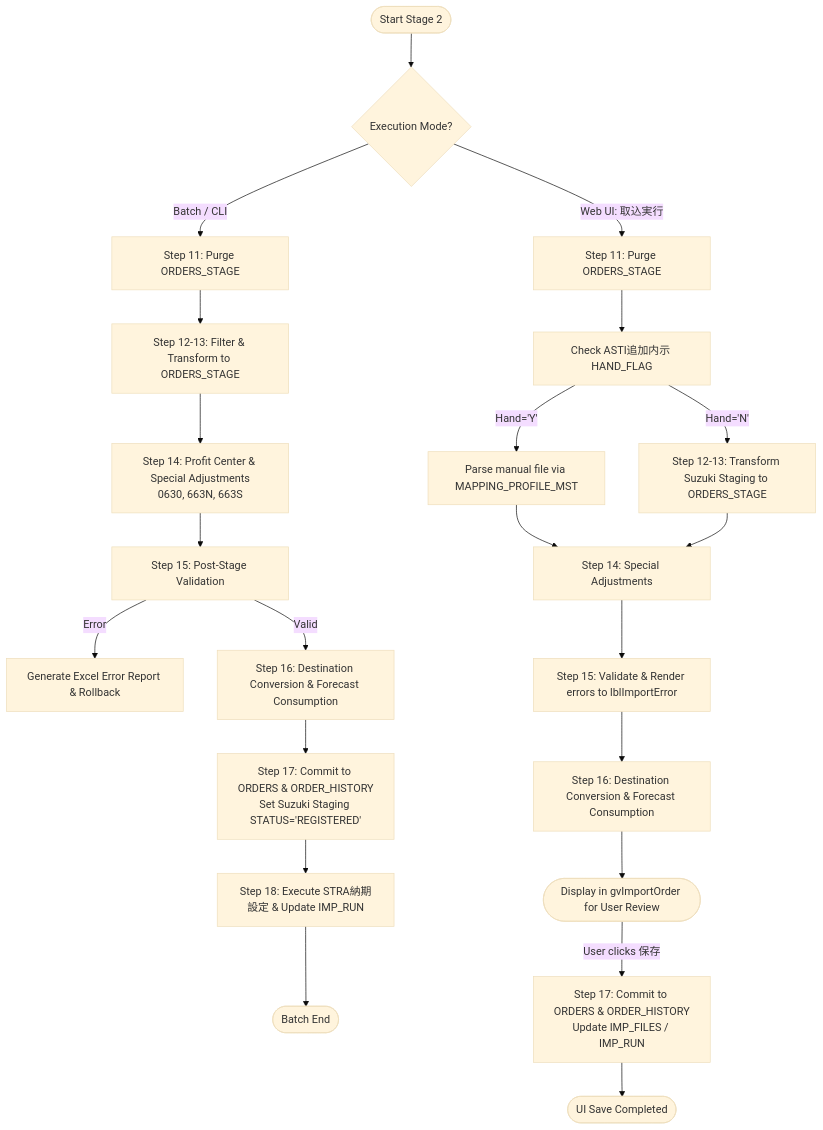
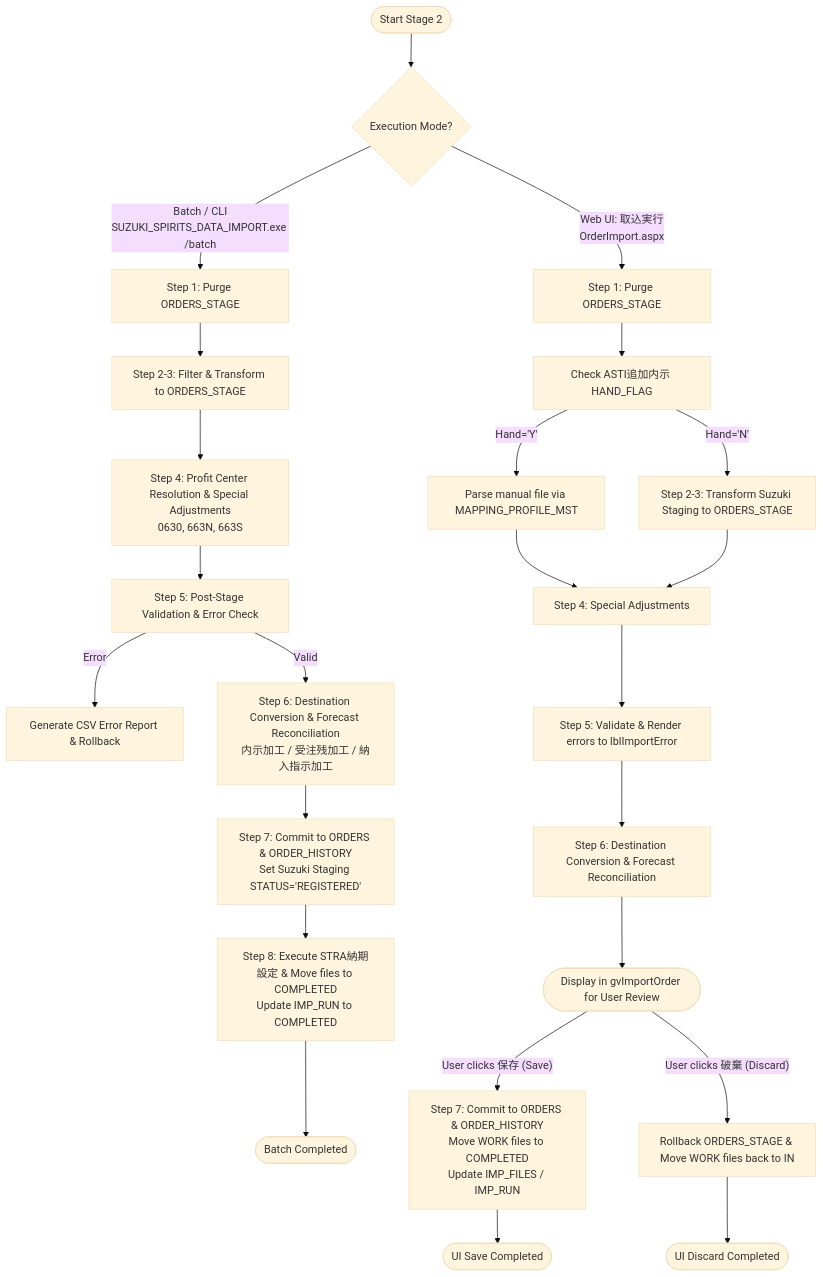
The diagram in docs/STAGE2_IMPLEMENTATION_PLAN.md (OMSAdmin-Git/OrderManagementSystem), drawn with Mermaid (base theme) before and after one commit. The commit also changed other lines of this file and 10 other files, not shown here.

````diff
--- a/docs/STAGE2_IMPLEMENTATION_PLAN.md
+++ b/docs/STAGE2_IMPLEMENTATION_PLAN.md
@@ -15,29 +13,31 @@
 ```mermaid
 flowchart TD
     Start([Start Stage 2]) --> ModeCheck{Execution Mode?}
     
     %% Batch Mode Flow
-    ModeCheck -- Batch / CLI --> B1[Step 11: Purge ORDERS_STAGE]
-    B1 --> B2[Step 12-13: Filter & Transform to ORDERS_STAGE]
-    B2 --> B3[Step 14: Profit Center & Special Adjustments<br/>0630, 663N, 663S]
-    B3 --> B4[Step 15: Post-Stage Validation]
-    B4 -- Error --> B_Err[Generate Excel Error Report & Rollback]
-    B4 -- Valid --> B5[Step 16: Destination Conversion & Forecast Consumption]
-    B5 --> B6[Step 17: Commit to ORDERS & ORDER_HISTORY<br/>Set Suzuki Staging STATUS='REGISTERED']
-    B6 --> B7[Step 18: Execute STRA納期設定 & Update IMP_RUN]
-    B7 --> B_End([Batch End])
+    ModeCheck -- Batch / CLI<br/>SUZUKI_SPIRITS_DATA_IMPORT.exe /batch --> B1[Step 1: Purge ORDERS_STAGE]
+    B1 --> B2[Step 2-3: Filter & Transform to ORDERS_STAGE]
+    B2 --> B3[Step 4: Profit Center Resolution & Special Adjustments<br/>0630, 663N, 663S]
+    B3 --> B4[Step 5: Post-Stage Validation & Error Check]
+    B4 -- Error --> B_Err[Generate CSV Error Report & Rollback]
+    B4 -- Valid --> B5[Step 6: Destination Conversion & Forecast Reconciliation<br/>内示加工 / 受注残加工 / 納入指示加工]
+    B5 --> B6[Step 7: Commit to ORDERS & ORDER_HISTORY<br/>Set Suzuki Staging STATUS='REGISTERED']
+    B6 --> B7[Step 8: Execute STRA納期設定 & Move files to COMPLETED<br/>Update IMP_RUN to COMPLETED]
+    B7 --> B_End([Batch Completed])
 
     %% UI Mode Flow
-    ModeCheck -- Web UI: 取込実行 --> U1[Step 11: Purge ORDERS_STAGE]
+    ModeCheck -- Web UI: 取込実行<br/>OrderImport.aspx --> U1[Step 1: Purge ORDERS_STAGE]
     U1 --> U2[Check ASTI追加内示 HAND_FLAG]
     U2 -- Hand='Y' --> U_Hand[Parse manual file via MAPPING_PROFILE_MST]
-    U2 -- Hand='N' --> U3[Step 12-13: Transform Suzuki Staging to ORDERS_STAGE]
-    U_Hand --> U4[Step 14: Special Adjustments]
+    U2 -- Hand='N' --> U3[Step 2-3: Transform Suzuki Staging to ORDERS_STAGE]
+    U_Hand --> U4[Step 4: Special Adjustments]
     U3 --> U4
-    U4 --> U5[Step 15: Validate & Render errors to lblImportError]
-    U5 --> U6[Step 16: Destination Conversion & Forecast Consumption]
+    U4 --> U5[Step 5: Validate & Render errors to lblImportError]
+    U5 --> U6[Step 6: Destination Conversion & Forecast Reconciliation]
     U6 --> U_Review([Display in gvImportOrder for User Review])
     
-    U_Review -- User clicks 保存 --> U_Save[Step 17: Commit to ORDERS & ORDER_HISTORY<br/>Update IMP_FILES / IMP_RUN]
+    U_Review -- User clicks 保存 (Save) --> U_Save[Step 7: Commit to ORDERS & ORDER_HISTORY<br/>Move WORK files to COMPLETED<br/>Update IMP_FILES / IMP_RUN]
+    U_Review -- User clicks 破棄 (Discard) --> U_Discard[Rollback ORDERS_STAGE & Move WORK files back to IN]
     U_Save --> U_End([UI Save Completed])
+    U_Discard --> U_End2([UI Discard Completed])
 ```
````
